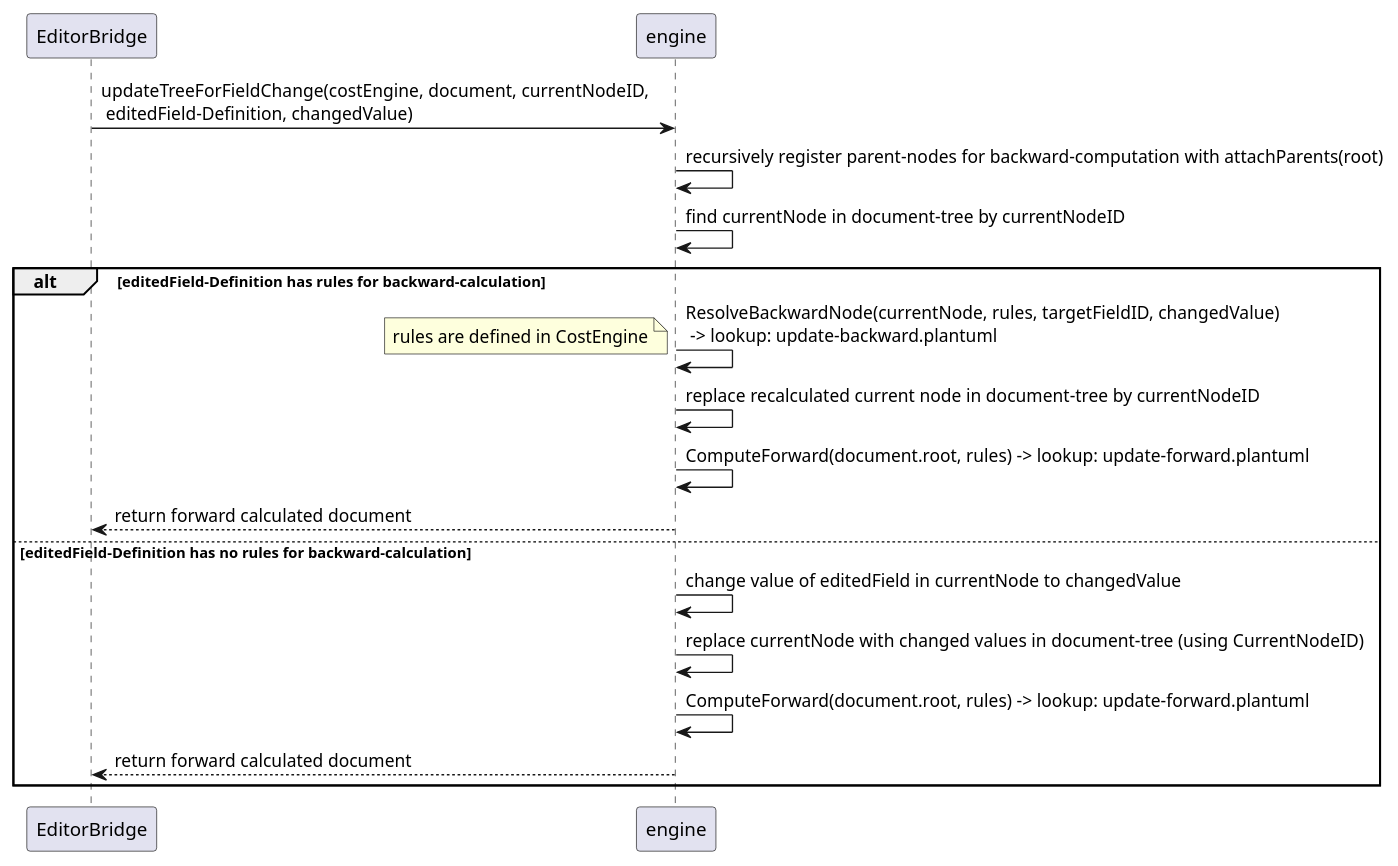
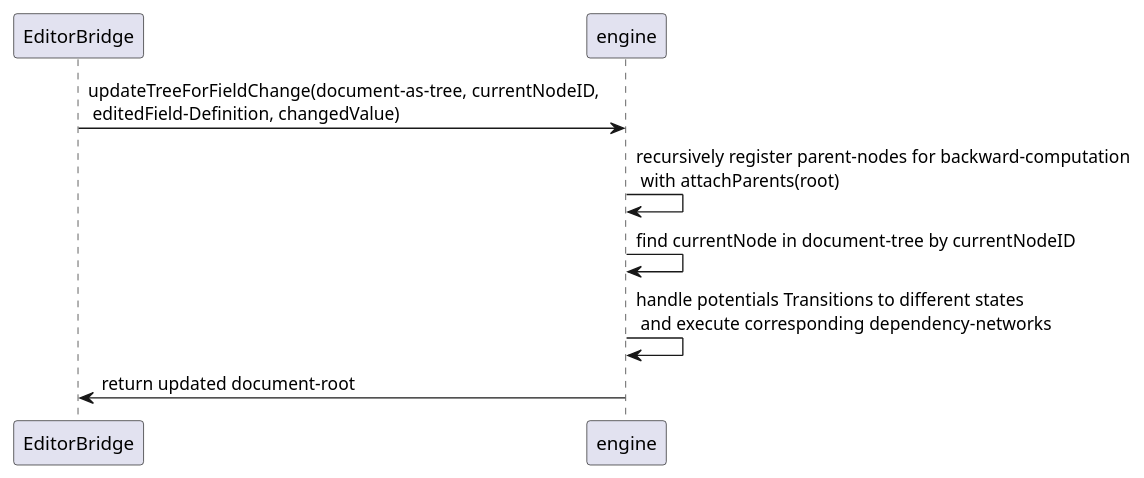
The diagram in src/semantic/doc/update.plantuml (JoniRaptor/semantic-cost-position-calculation), drawn with PlantUML before and after one commit. The commit also changed 12 other files, not shown here.

Commit message:
added Class-Diagram for semantic model, Activity-Diagram for builder of fluent-API, Object-Diagram for simple example-build and updated old Diagrams

```diff
--- a/src/semantic/doc/update.plantuml
+++ b/src/semantic/doc/update.plantuml
@@ -1,20 +1,10 @@
 @startuml
 participant "EditorBridge" as Bridge
 participant "engine" as E
 
-Bridge -> E: updateTreeForFieldChange(costEngine, document, currentNodeID, \n editedField-Definition, changedValue)
-E -> E: recursively register parent-nodes for backward-computation with attachParents(root)
+Bridge -> E: updateTreeForFieldChange(document-as-tree, currentNodeID, \n editedField-Definition, changedValue)
+E -> E: recursively register parent-nodes for backward-computation \n with attachParents(root)
 E -> E: find currentNode in document-tree by currentNodeID
-alt editedField-Definition has rules for backward-calculation
-    E -> E: ResolveBackwardNode(currentNode, rules, targetFieldID, changedValue) \n -> lookup: update-backward.plantuml
-    note left: rules are defined in CostEngine
-    E -> E: replace recalculated current node in document-tree by currentNodeID
-    E -> E: ComputeForward(document.root, rules) -> lookup: update-forward.plantuml
-    E --> Bridge: return forward calculated document
-else editedField-Definition has no rules for backward-calculation
-    E -> E: change value of editedField in currentNode to changedValue
-    E -> E: replace currentNode with changed values in document-tree (using CurrentNodeID)
-    E -> E: ComputeForward(document.root, rules) -> lookup: update-forward.plantuml
-    E --> Bridge: return forward calculated document
-end
+E -> E: handle potentials Transitions to different states \n and execute corresponding dependency-networks
+E -> Bridge: return updated document-root
 @enduml
```
